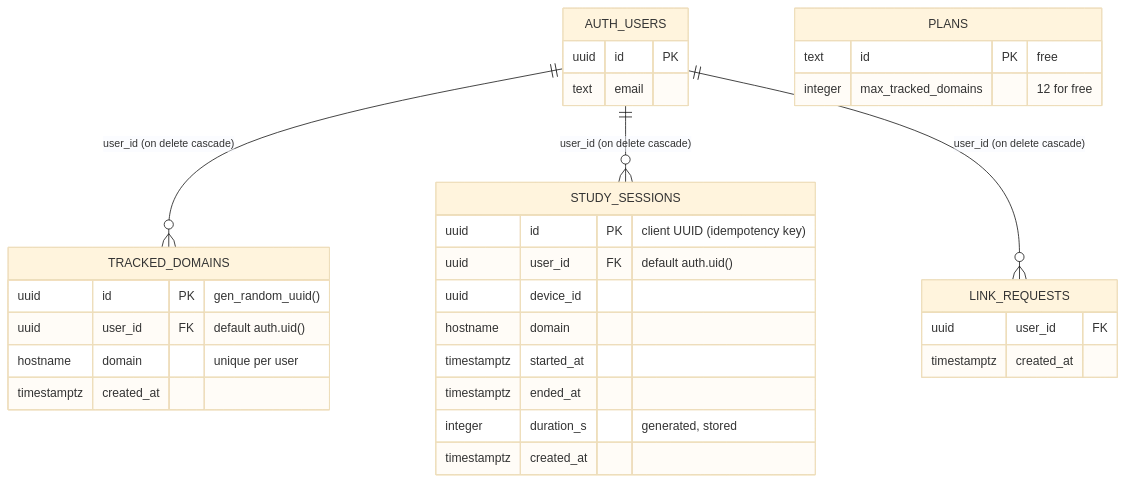
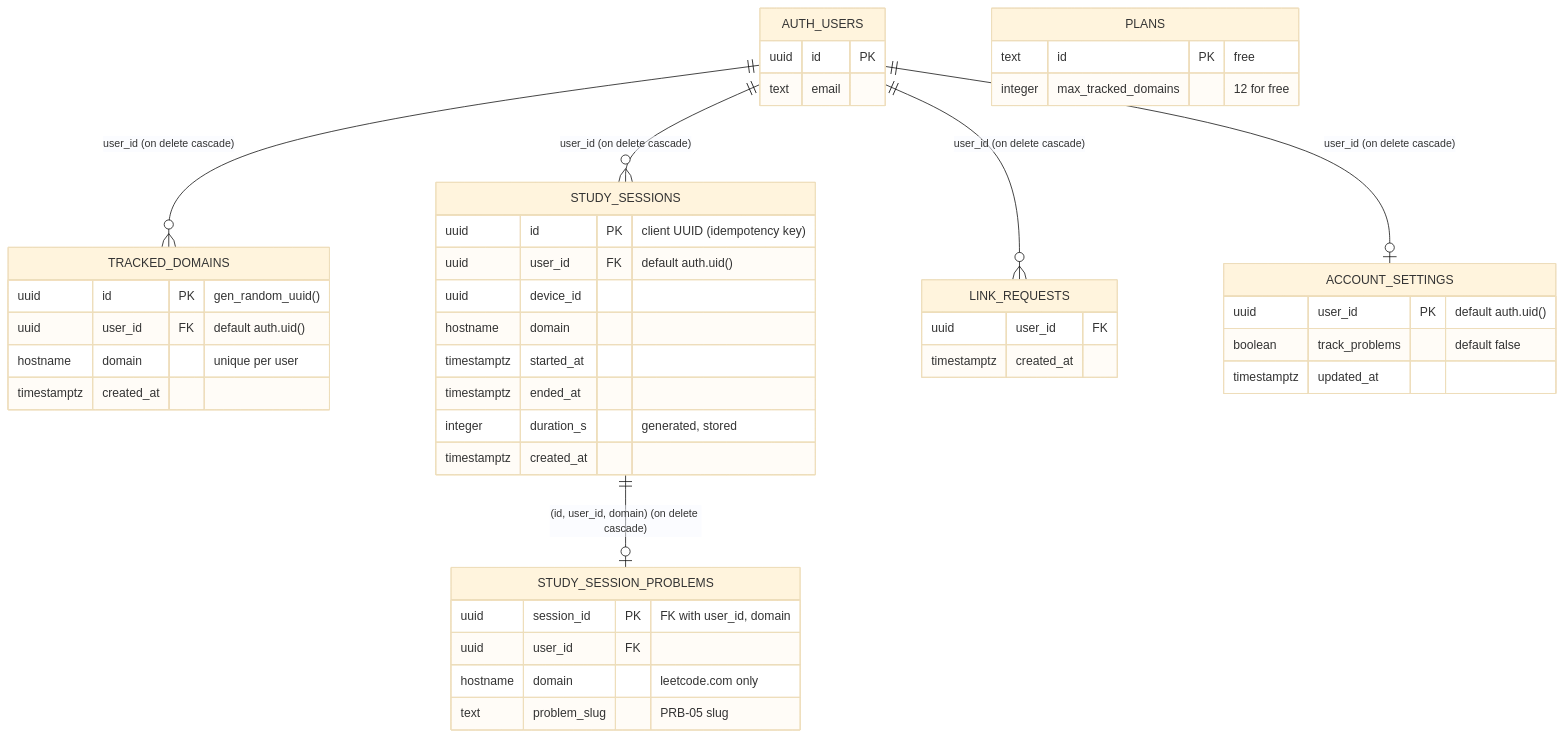
The diagram in docs/architecture/database.md (vbenedito/careeros), drawn with Mermaid (base theme) before and after one commit. The commit also changed other lines of this file and 17 other files, not shown here.

First line of the commit message:
feat(db): ingest v2, problem setting and history delete (#178) (#210)

````diff
--- a/docs/architecture/database.md
+++ b/docs/architecture/database.md
@@ -9,35 +9,48 @@
 ```mermaid
 erDiagram
   AUTH_USERS ||--o{ TRACKED_DOMAINS : "user_id (on delete cascade)"
   AUTH_USERS ||--o{ STUDY_SESSIONS : "user_id (on delete cascade)"
   AUTH_USERS ||--o{ LINK_REQUESTS : "user_id (on delete cascade)"
+  AUTH_USERS ||--o| ACCOUNT_SETTINGS : "user_id (on delete cascade)"
+  STUDY_SESSIONS ||--o| STUDY_SESSION_PROBLEMS : "(id, user_id, domain) (on delete cascade)"
 
   AUTH_USERS {
     uuid id PK
     text email
   }
   TRACKED_DOMAINS {
     uuid id PK "gen_random_uuid()"
     uuid user_id FK "default auth.uid()"
     hostname domain "unique per user"
     timestamptz created_at
   }
   STUDY_SESSIONS {
     uuid id PK "client UUID (idempotency key)"
     uuid user_id FK "default auth.uid()"
     uuid device_id
     hostname domain
     timestamptz started_at
     timestamptz ended_at
     integer duration_s "generated, stored"
     timestamptz created_at
   }
   LINK_REQUESTS {
     uuid user_id FK
     timestamptz created_at
   }
+  ACCOUNT_SETTINGS {
+    uuid user_id PK "default auth.uid()"
+    boolean track_problems "default false"
+    timestamptz updated_at
+  }
+  STUDY_SESSION_PROBLEMS {
+    uuid session_id PK "FK with user_id, domain"
+    uuid user_id FK
+    hostname domain "leetcode.com only"
+    text problem_slug "PRB-05 slug"
+  }
   PLANS {
     text id PK "free"
     integer max_tracked_domains "12 for free"
   }
 ```
````
